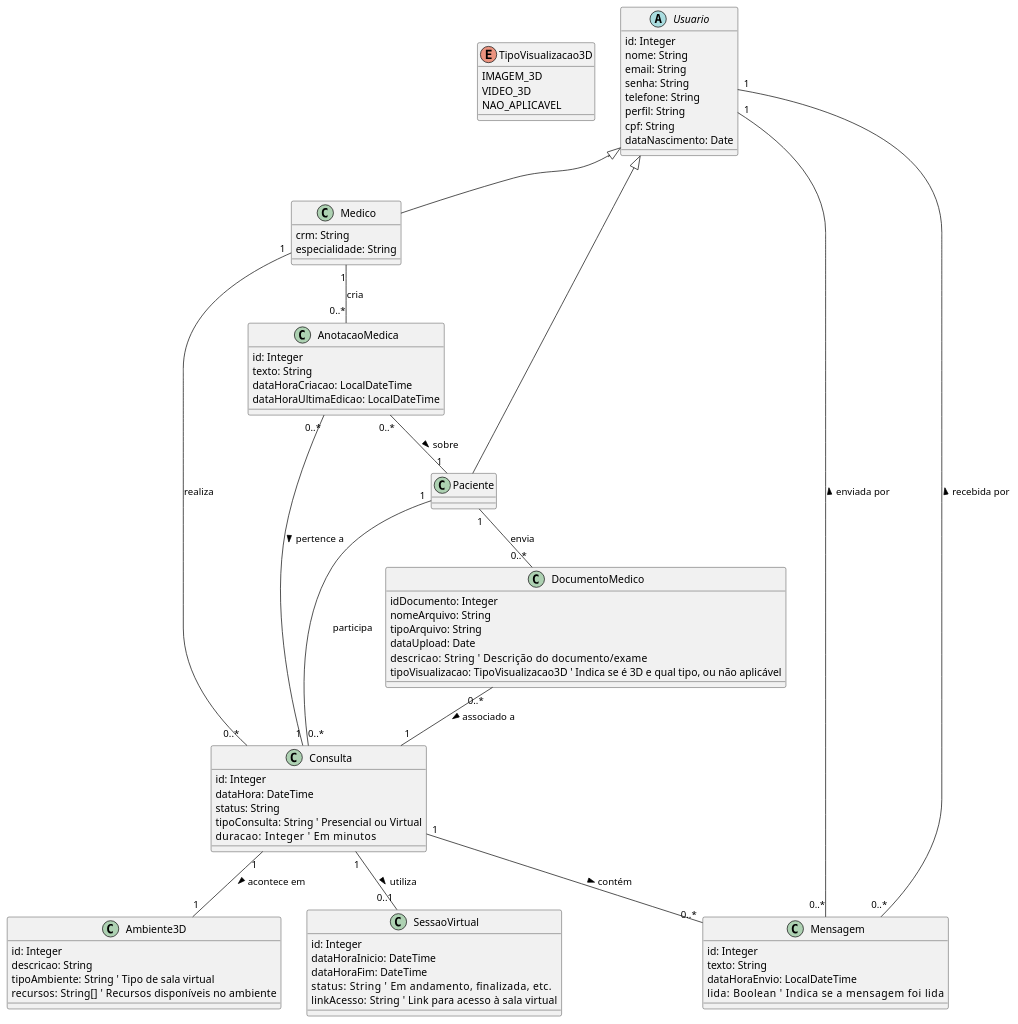
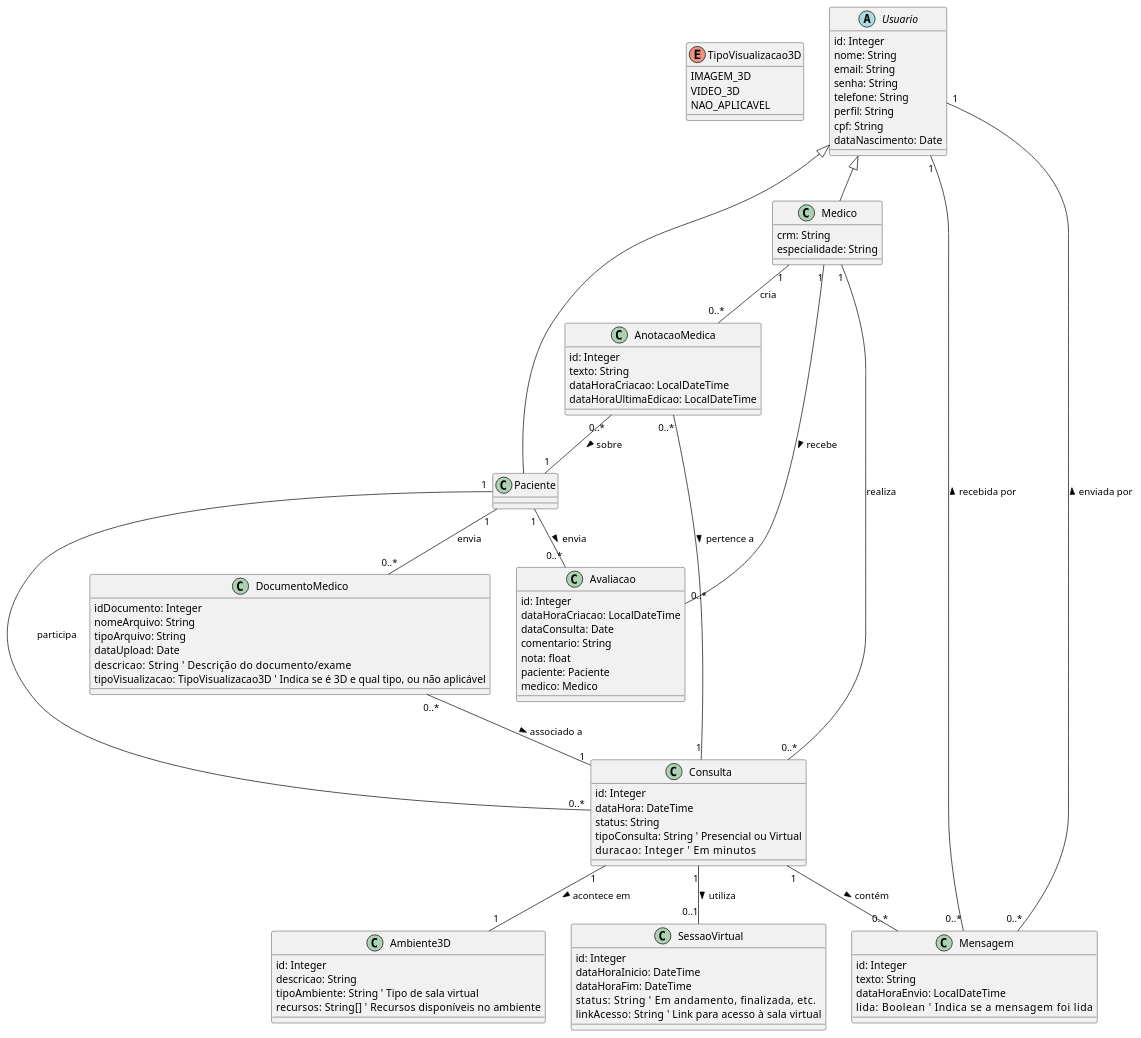
Before and after one commit to gilmarUFG/rs_es_20251_g1: the diagram in trabalho_grupo/modelos_uml/diagrama_classes.plantuml, drawn with PlantUML.

Commit message:
Adição da classe "Avaliacao"

```diff
--- a/trabalho_grupo/modelos_uml/diagrama_classes.plantuml
+++ b/trabalho_grupo/modelos_uml/diagrama_classes.plantuml
@@ -1,93 +1,105 @@
 @startuml
 ' Modelo de domínio combinado (classes de análise - atributos e associações)
 
 enum TipoVisualizacao3D {
     IMAGEM_3D
     VIDEO_3D
     NAO_APLICAVEL
 }
 
 abstract class Usuario {
     id: Integer
     nome: String
     email: String
     senha: String
     telefone: String
     perfil: String
     cpf: String
     dataNascimento: Date 
 }
 
 class Medico {
     crm: String
     especialidade: String 
 }
 
 class Paciente { 
     ' Herda atributos de Usuario
 }
 
 class Consulta {
     id: Integer
     dataHora: DateTime
     status: String
     tipoConsulta: String  ' Presencial ou Virtual
     duracao: Integer      ' Em minutos
 }
 
 class DocumentoMedico {
     idDocumento: Integer
     nomeArquivo: String
     tipoArquivo: String
     dataUpload: Date
     descricao: String     ' Descrição do documento/exame
     tipoVisualizacao: TipoVisualizacao3D ' Indica se é 3D e qual tipo, ou não aplicável
 }
 
 class Ambiente3D {
     id: Integer
     descricao: String
     tipoAmbiente: String  ' Tipo de sala virtual
     recursos: String[]    ' Recursos disponíveis no ambiente
 }
 
 class AnotacaoMedica {
     id: Integer
     texto: String
     dataHoraCriacao: LocalDateTime
     dataHoraUltimaEdicao: LocalDateTime
 }
 
 class Mensagem {
     id: Integer
     texto: String
     dataHoraEnvio: LocalDateTime
     lida: Boolean         ' Indica se a mensagem foi lida
 }
 
 class SessaoVirtual {
     id: Integer
     dataHoraInicio: DateTime
     dataHoraFim: DateTime
     status: String        ' Em andamento, finalizada, etc.
     linkAcesso: String    ' Link para acesso à sala virtual
 }
 
+class Avaliacao {
+    id: Integer
+    dataHoraCriacao: LocalDateTime
+    dataConsulta: Date
+    comentario: String
+    nota: float
+    paciente: Paciente
+    medico: Medico
+}
+
 ' Herança 
 Usuario <|-- Medico 
 Usuario <|-- Paciente
 
 ' Associações 
 Medico "1" -- "0..*" Consulta : realiza
 Paciente "1" -- "0..*" Consulta : participa
 Consulta "1" -- "1" Ambiente3D : acontece em >
 Consulta "1" -- "0..1" SessaoVirtual : utiliza >
 Paciente "1" -- "0..*" DocumentoMedico : envia
 DocumentoMedico "0..*" -- "1" Consulta : associado a >
 Medico "1" -- "0..*" AnotacaoMedica : cria
 AnotacaoMedica "0..*" -- "1" Consulta : pertence a >
 AnotacaoMedica "0..*" -- "1" Paciente : sobre >
 Mensagem "0..*" -- "1" Usuario : enviada por >
 Mensagem "0..*" -- "1" Usuario : recebida por >
 Consulta "1" -- "0..*" Mensagem : contém >
+Paciente "1" -- "0..*" Avaliacao : envia >
+Medico "1" -- "0..*" Avaliacao : recebe >
 @enduml
```
